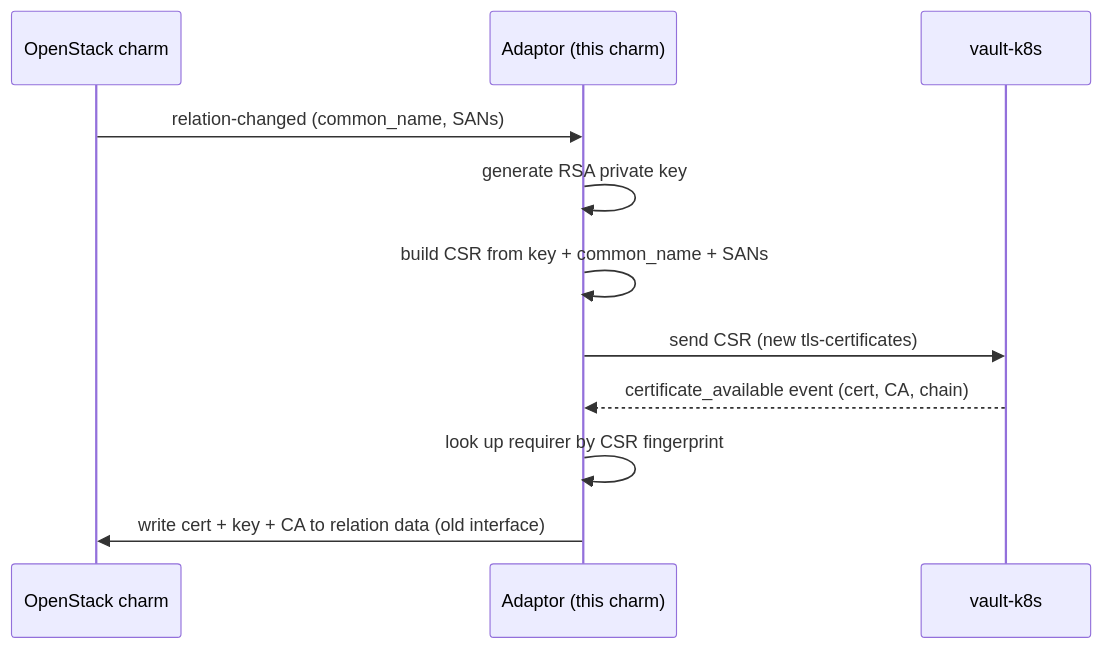
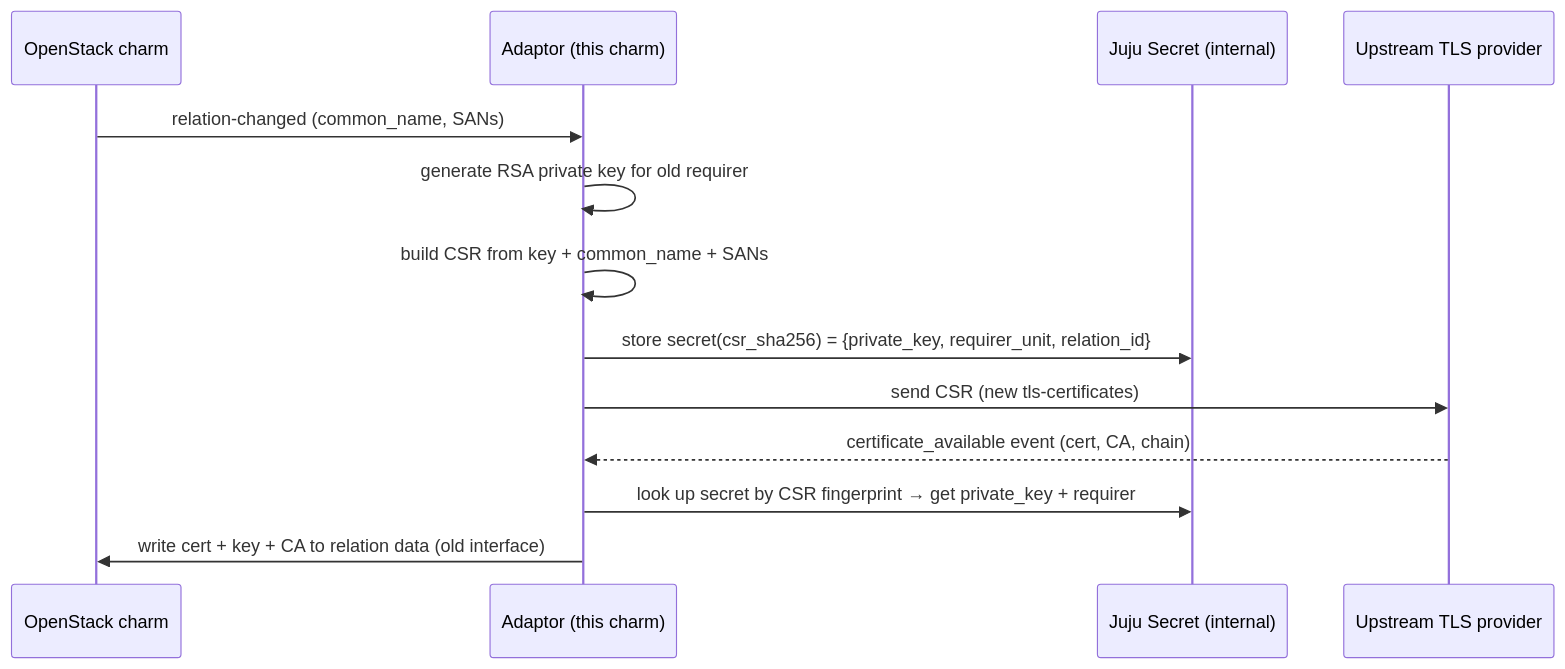
The second of 4 diagrams in docs/specs/2026-04-09-tls-certificate-adaptor/spec.md (chanchiwai-ray/tls-certificates-adaptor-operator), drawn with Mermaid before and after one commit. The commit also changed other lines of this file and 2 other files, not shown here.

````diff
--- a/docs/specs/2026-04-09-tls-certificate-adaptor/spec.md
+++ b/docs/specs/2026-04-09-tls-certificate-adaptor/spec.md
@@ -54,14 +54,16 @@
 ```mermaid
 sequenceDiagram
     participant OC as OpenStack charm
     participant AD as Adaptor (this charm)
-    participant VK as vault-k8s
+    participant JS as Juju Secret (internal)
+    participant UP as Upstream TLS provider
 
     OC->>AD: relation-changed (common_name, SANs)
-    AD->>AD: generate RSA private key
+    AD->>AD: generate RSA private key for old requirer
     AD->>AD: build CSR from key + common_name + SANs
-    AD->>VK: send CSR (new tls-certificates)
-    VK-->>AD: certificate_available event (cert, CA, chain)
-    AD->>AD: look up requirer by CSR fingerprint
+    AD->>JS: store secret(csr_sha256) = {private_key, requirer_unit, relation_id}
+    AD->>UP: send CSR (new tls-certificates)
+    UP-->>AD: certificate_available event (cert, CA, chain)
+    AD->>JS: look up secret by CSR fingerprint → get private_key + requirer
     AD->>OC: write cert + key + CA to relation data (old interface)
 ```
````
